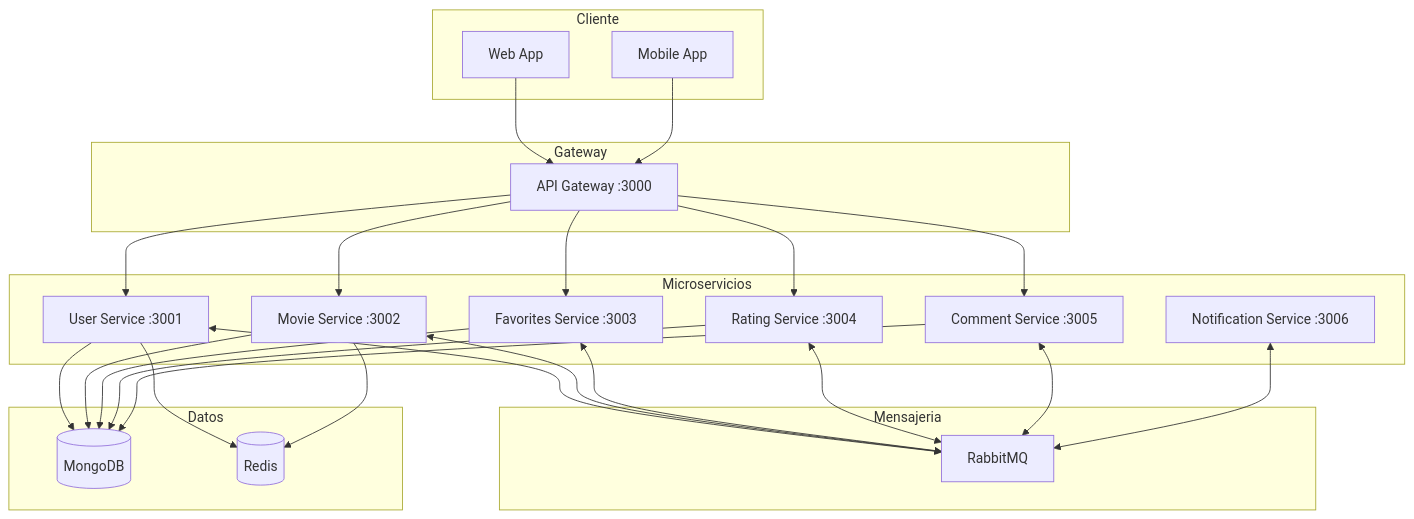
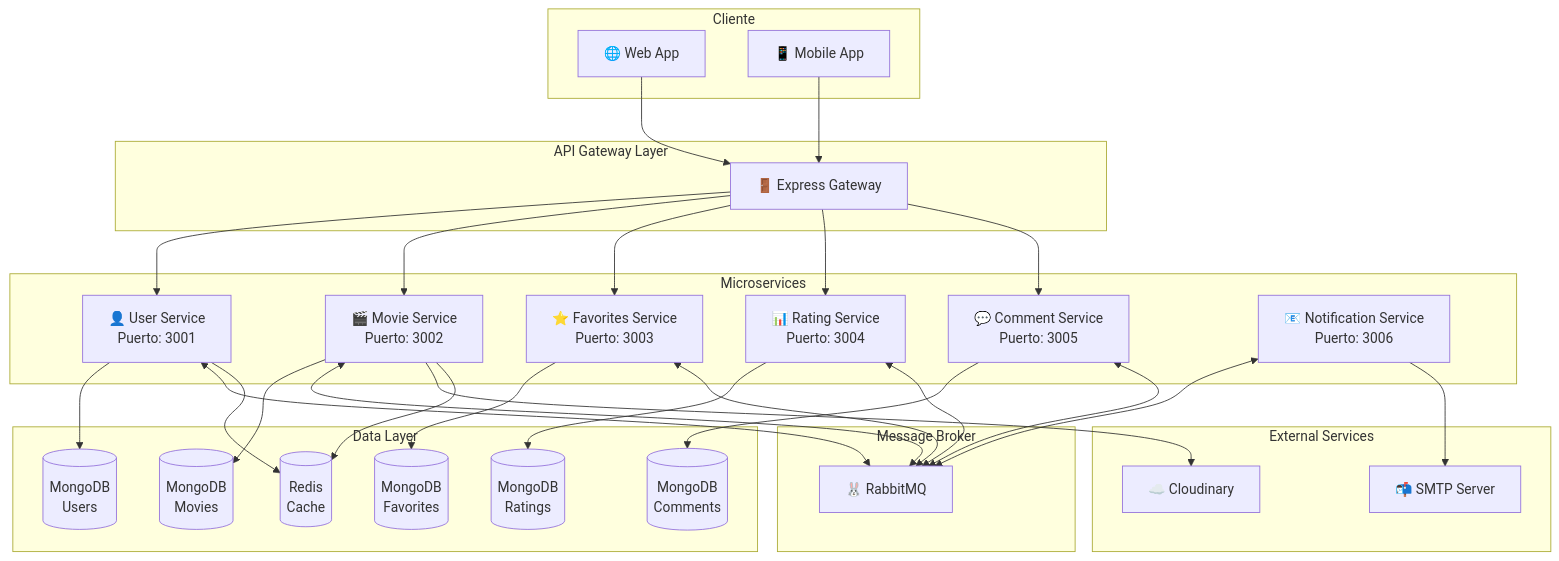
One commit to paelsam/StreamiaServer changed the third of 27 diagrams in README.md. Above: the diagram before and after it, drawn with Mermaid. The commit also changed other lines of this file and 20 other files, not shown here.

````diff
--- a/README.md
+++ b/README.md
@@ -43,36 +53,66 @@
 ```mermaid
 flowchart TB
-    subgraph Cliente
-        WEB[Web App]
-        MOB[Mobile App]
+    subgraph "Cliente"
+        WEB[🌐 Web App]
+        MOB[📱 Mobile App]
     end
 
-    subgraph Gateway
-        GW[API Gateway :3000]
+    subgraph "API Gateway Layer"
+        EG[🚪 Express Gateway]
     end
 
-    subgraph Microservicios
-        US[User Service :3001]
-        MS[Movie Service :3002]
-        FS[Favorites Service :3003]
-        RS[Rating Service :3004]
-        CS[Comment Service :3005]
-        NS[Notification Service :3006]
+    subgraph "Microservices"
+        US[👤 User Service<br/>Puerto: 3001]
+        MS[🎬 Movie Service<br/>Puerto: 3002]
+        FS[⭐ Favorites Service<br/>Puerto: 3003]
+        RS[📊 Rating Service<br/>Puerto: 3004]
+        CS[💬 Comment Service<br/>Puerto: 3005]
+        NS[📧 Notification Service<br/>Puerto: 3006]
     end
 
-    subgraph Mensajeria
-        RMQ[RabbitMQ]
+    subgraph "Message Broker"
+        RMQ[🐰 RabbitMQ]
     end
 
-    subgraph Datos
-        MONGO[(MongoDB)]
-        REDIS[(Redis)]
+    subgraph "Data Layer"
+        UMDB[(MongoDB<br/>Users)]
+        MMDB[(MongoDB<br/>Movies)]
+        FMDB[(MongoDB<br/>Favorites)]
+        RMDB[(MongoDB<br/>Ratings)]
+        CMDB[(MongoDB<br/>Comments)]
+        REDIS[(Redis<br/>Cache)]
     end
 
-    WEB --> GW
-    MOB --> GW
-    GW --> US & MS & FS & RS & CS
-    US & MS & FS & RS & CS & NS <--> RMQ
-    US & MS & FS & RS & CS --> MONGO
-    US & MS --> REDIS
+    subgraph "External Services"
+        CLD[☁️ Cloudinary]
+        SMTP[📬 SMTP Server]
+    end
+
+    WEB --> EG
+    MOB --> EG
+    
+    EG --> US
+    EG --> MS
+    EG --> FS
+    EG --> RS
+    EG --> CS
+
+    US --> UMDB
+    MS --> MMDB
+    FS --> FMDB
+    RS --> RMDB
+    CS --> CMDB
+
+    US <--> RMQ
+    MS <--> RMQ
+    FS <--> RMQ
+    RS <--> RMQ
+    CS <--> RMQ
+    NS <--> RMQ
+
+    MS --> CLD
+    NS --> SMTP
+
+    US --> REDIS
+    MS --> REDIS
 ```
````
